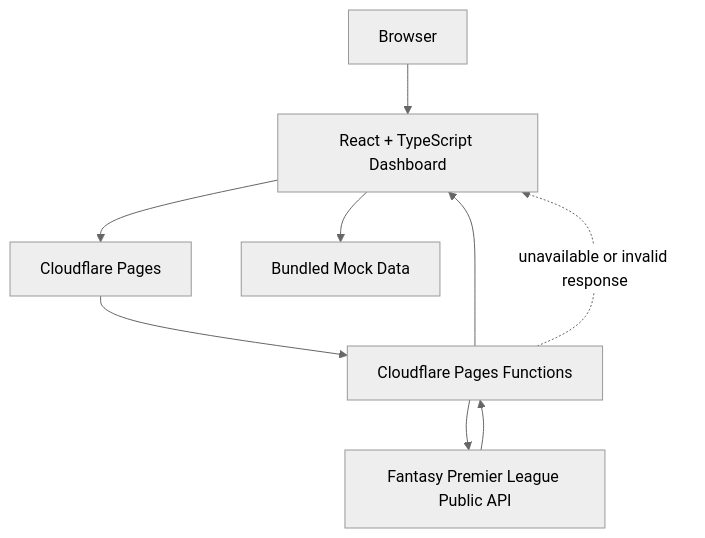
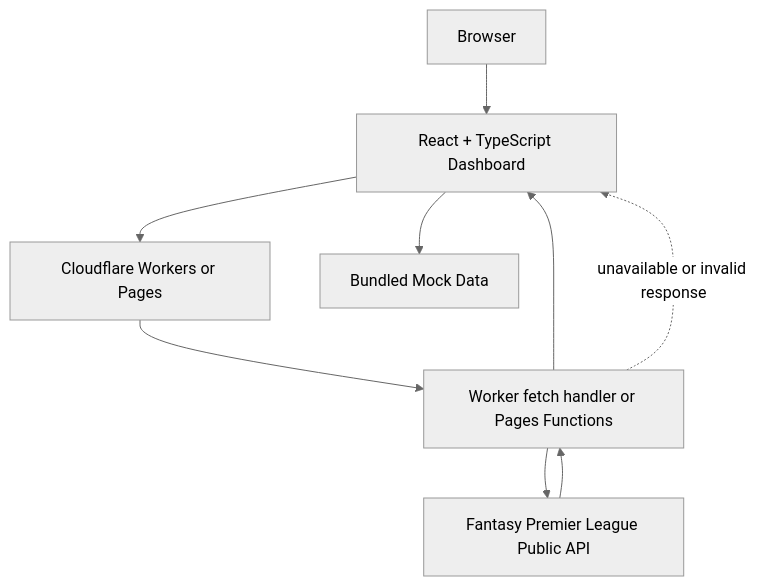
One commit to robinmwaniki/fpl_analytics_Dashboard changed the first of 2 diagrams in README.md. Above: the diagram before and after it, drawn with Mermaid (neutral theme). The commit also changed other lines of this file and 5 other files, not shown here.

First line of the commit message:
Release Cloudflare Workers live-data fix (#21)

````diff
--- a/README.md
+++ b/README.md
@@ -46,11 +46,11 @@
 ```mermaid
 flowchart TD
     USER[Browser] --> UI[React + TypeScript Dashboard]
-    UI --> PAGES[Cloudflare Pages]
-    PAGES --> FN[Cloudflare Pages Functions]
+    UI --> CF[Cloudflare Workers or Pages]
+    CF --> FN[Worker fetch handler or Pages Functions]
     FN --> FPL[Fantasy Premier League Public API]
     FPL --> FN
     FN --> UI
     UI --> MOCK[Bundled Mock Data]
     FN -. unavailable or invalid response .-> UI
 ```
````
